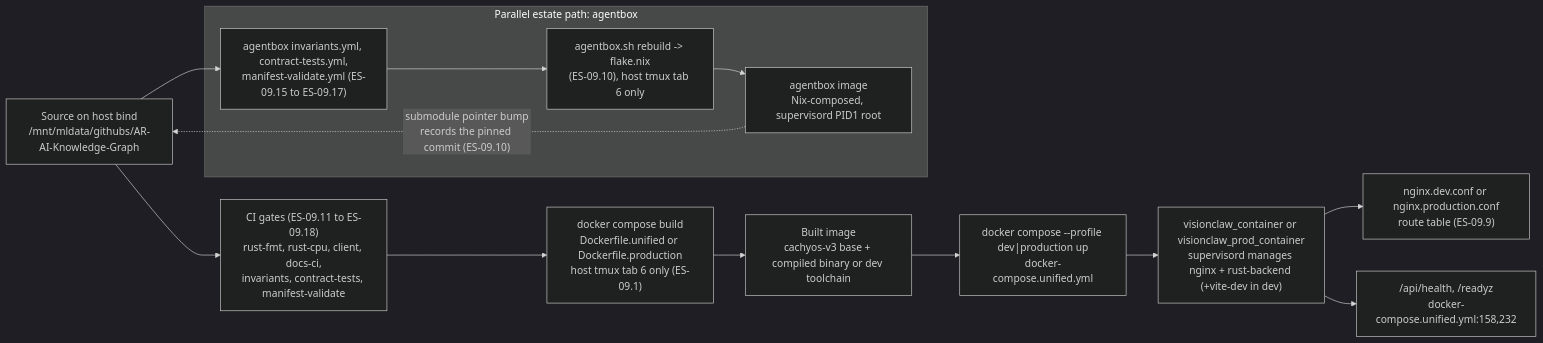
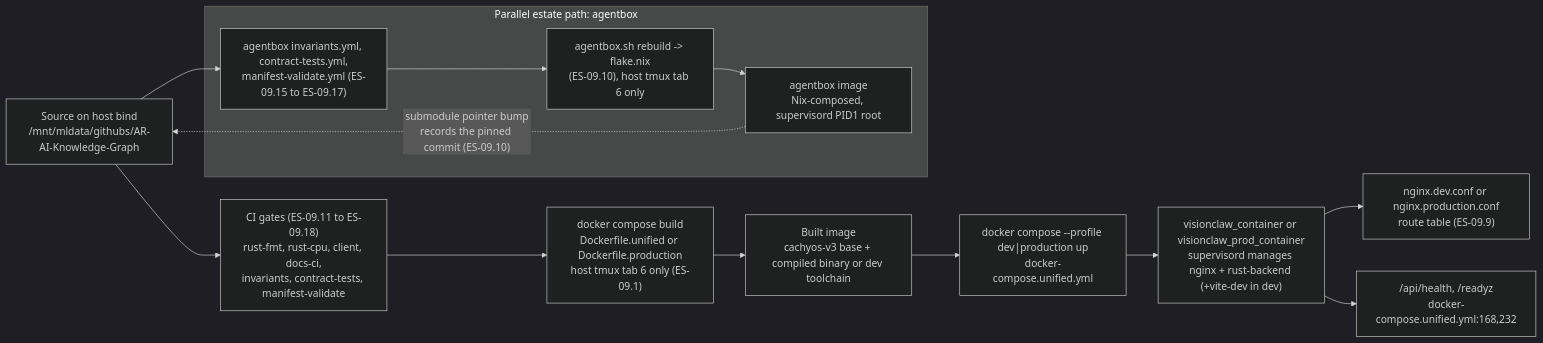
Before and after one commit to DreamLab-AI/AR-AI-Knowledge-Graph: diagram 19 of 19 in docs/diagrams/estate/09-build-deploy-and-ci-estate.md, drawn with Mermaid (dark theme). The commit also changed other lines of this file and 73 other files, not shown here.

First line of the commit message:
docs(diagrams): re-verify all 71 topic files against HEAD; add --cite-check

````diff
--- a/docs/diagrams/estate/09-build-deploy-and-ci-estate.md
+++ b/docs/diagrams/estate/09-build-deploy-and-ci-estate.md
@@ -574,27 +580,27 @@
 ```mermaid
 flowchart LR
     SRC["Source on host bind<br/>/mnt/mldata/githubs/AR-AI-Knowledge-Graph"]
     CIGATE["CI gates (ES-09.11 to ES-09.18)<br/>rust-fmt, rust-cpu, client, docs-ci,<br/>invariants, contract-tests, manifest-validate"]
     DOCKERBUILD["docker compose build<br/>Dockerfile.unified or Dockerfile.production<br/>host tmux tab 6 only (ES-09.1)"]
     IMAGE["Built image<br/>cachyos-v3 base + compiled binary or dev toolchain"]
     COMPOSEUP["docker compose --profile dev|production up<br/>docker-compose.unified.yml"]
     CONTAINER["visionclaw_container or visionclaw_prod_container<br/>supervisord manages nginx + rust-backend (+vite-dev in dev)"]
     NGINXROUTE["nginx.dev.conf or nginx.production.conf<br/>route table (ES-09.9)"]
-    HEALTH["/api/health, /readyz<br/>docker-compose.unified.yml:158,232"]
+    HEALTH["/api/health, /readyz<br/>docker-compose.unified.yml:168,232"]
 
     SRC --> CIGATE
     CIGATE --> DOCKERBUILD
     DOCKERBUILD --> IMAGE
     IMAGE --> COMPOSEUP
     COMPOSEUP --> CONTAINER
     CONTAINER --> NGINXROUTE
     CONTAINER --> HEALTH
 
     subgraph AGENTBOXPARALLEL["Parallel estate path: agentbox"]
         ABGATE["agentbox invariants.yml, contract-tests.yml,<br/>manifest-validate.yml (ES-09.15 to ES-09.17)"]
         ABFLAKE["agentbox.sh rebuild -> flake.nix<br/>(ES-09.10), host tmux tab 6 only"]
         ABIMAGE["agentbox image<br/>Nix-composed, supervisord PID1 root"]
     end
     SRC --> ABGATE --> ABFLAKE --> ABIMAGE
     ABIMAGE -.->|"submodule pointer bump<br/>records the pinned commit (ES-09.10)"| SRC
 ```
````
